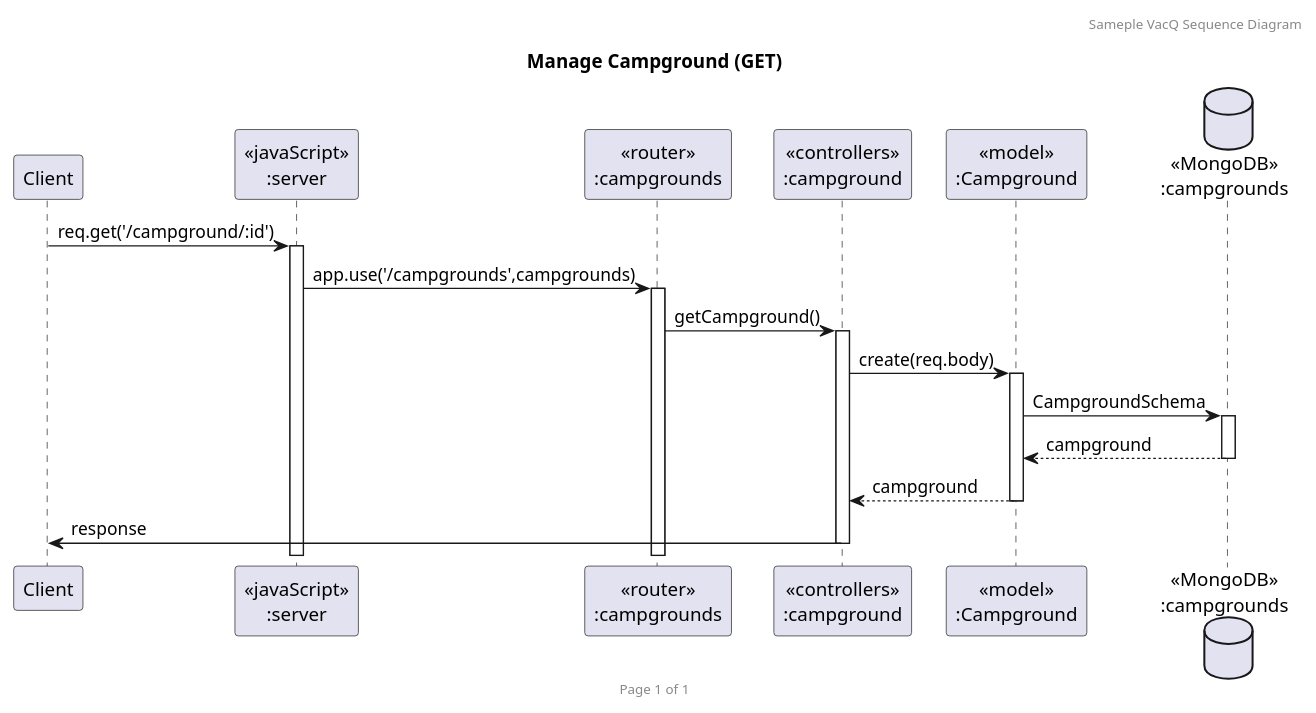
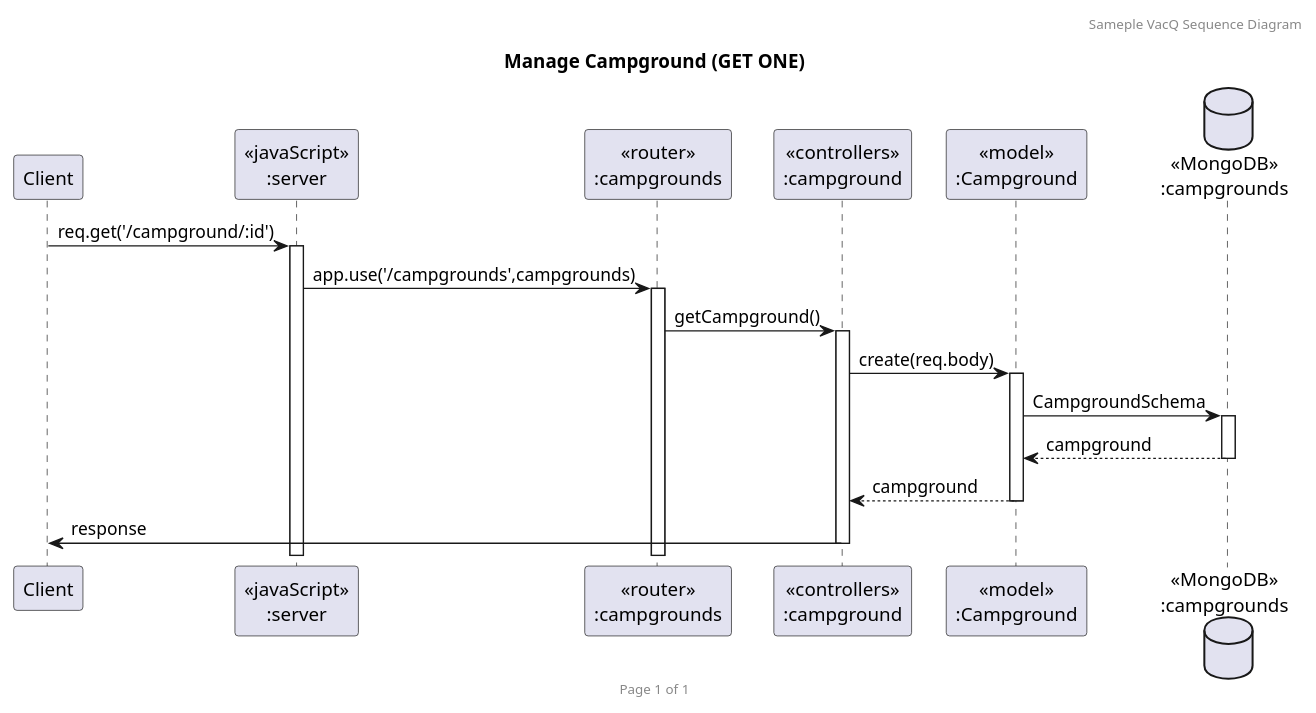
The diagram in Diagram/Sequence diagram/Campground/Campground GETONE.puml (thamthorn/Campground-Backend), drawn with PlantUML before and after one commit. The commit also changed 1 other file, not shown here.

```diff
--- a/Diagram/Sequence diagram/Campground/Campground GETONE.puml
+++ b/Diagram/Sequence diagram/Campground/Campground GETONE.puml
@@ -1,23 +1,23 @@
 @startuml Manage Campground (GET)
 
 header Sameple VacQ Sequence Diagram
 footer Page %page% of %lastpage%
-title "Manage Campground (GET)"
+title "Manage Campground (GET ONE)"
 
 participant "Client" as client
 participant "<<javaScript>>\n:server" as server
 participant "<<router>>\n:campgrounds" as routerCampgrounds
 participant "<<controllers>>\n:campground" as controllersCampground
 participant "<<model>>\n:Campground" as modelCampground
 database "<<MongoDB>>\n:campgrounds" as CampgroundsDatabase
 
 client->server ++:req.get('/campground/:id')
 server->routerCampgrounds ++:app.use('/campgrounds',campgrounds)
 routerCampgrounds -> controllersCampground ++:getCampground()
 controllersCampground->modelCampground ++:create(req.body)
 modelCampground ->CampgroundsDatabase ++: CampgroundSchema
 CampgroundsDatabase --> modelCampground --: campground
 controllersCampground <-- modelCampground --:campground
 controllersCampground->client --:response
 
 @enduml
```
